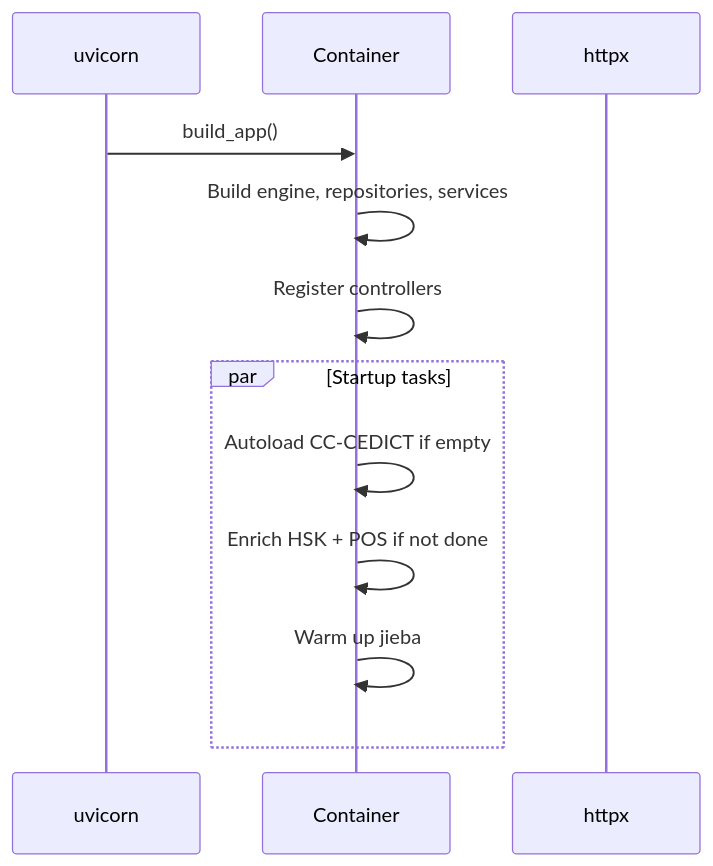
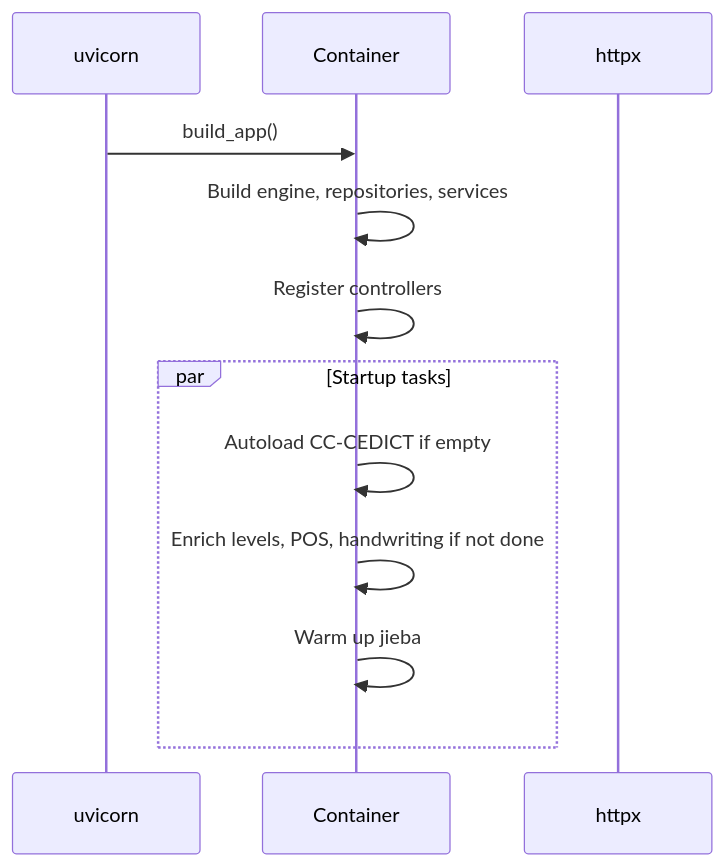
One commit to luiznaac/shougong changed the second of 5 diagrams in docs/02-architecture.md. Above: the diagram before and after it, drawn with Mermaid. The commit also changed other lines of this file and 38 other files, not shown here.

Commit message:
Store character writing levels and expose both HSK levels (#206)

````diff
--- a/docs/02-architecture.md
+++ b/docs/02-architecture.md
@@ -62,14 +62,14 @@
 ```mermaid
 sequenceDiagram
     participant U as uvicorn
     participant C as Container
     participant HTTP as httpx
     U->>C: build_app()
     C->>C: Build engine, repositories, services
     C->>C: Register controllers
     par Startup tasks
         C->>C: Autoload CC-CEDICT if empty
-        C->>C: Enrich HSK + POS if not done
+        C->>C: Enrich levels, POS, handwriting if not done
         C->>C: Warm up jieba
     end
 ```
````
